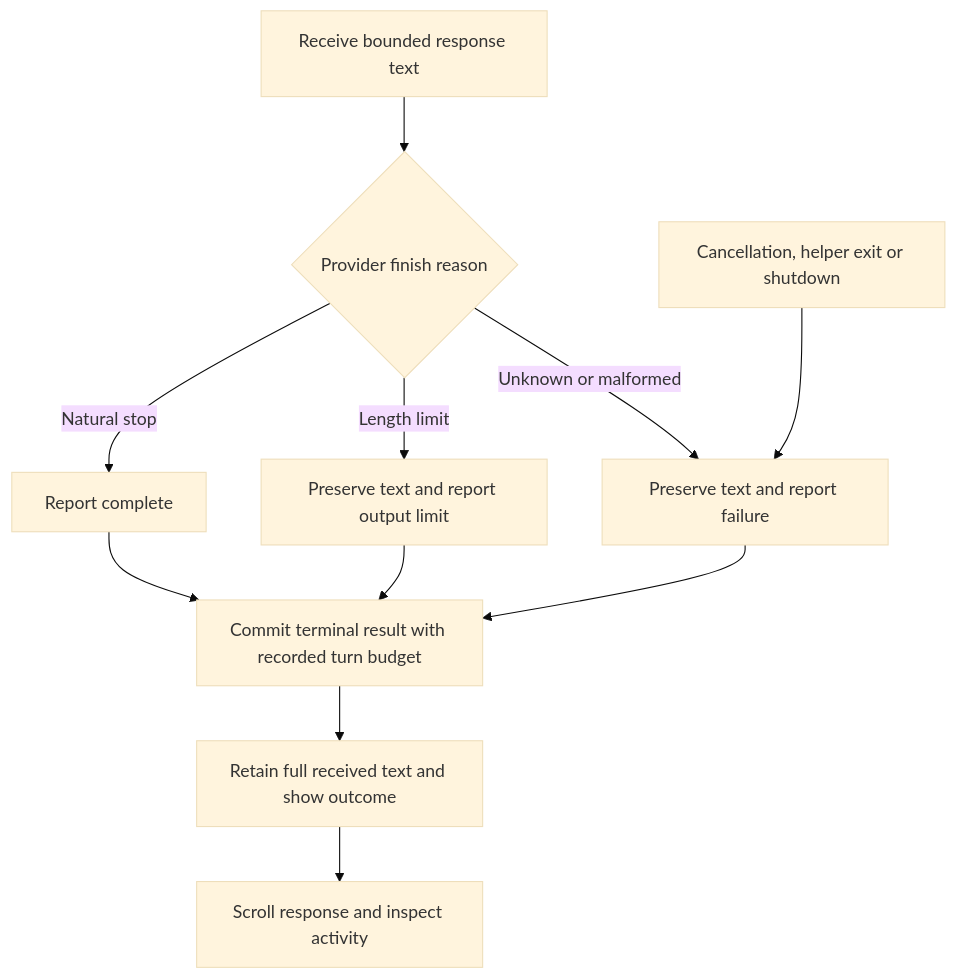
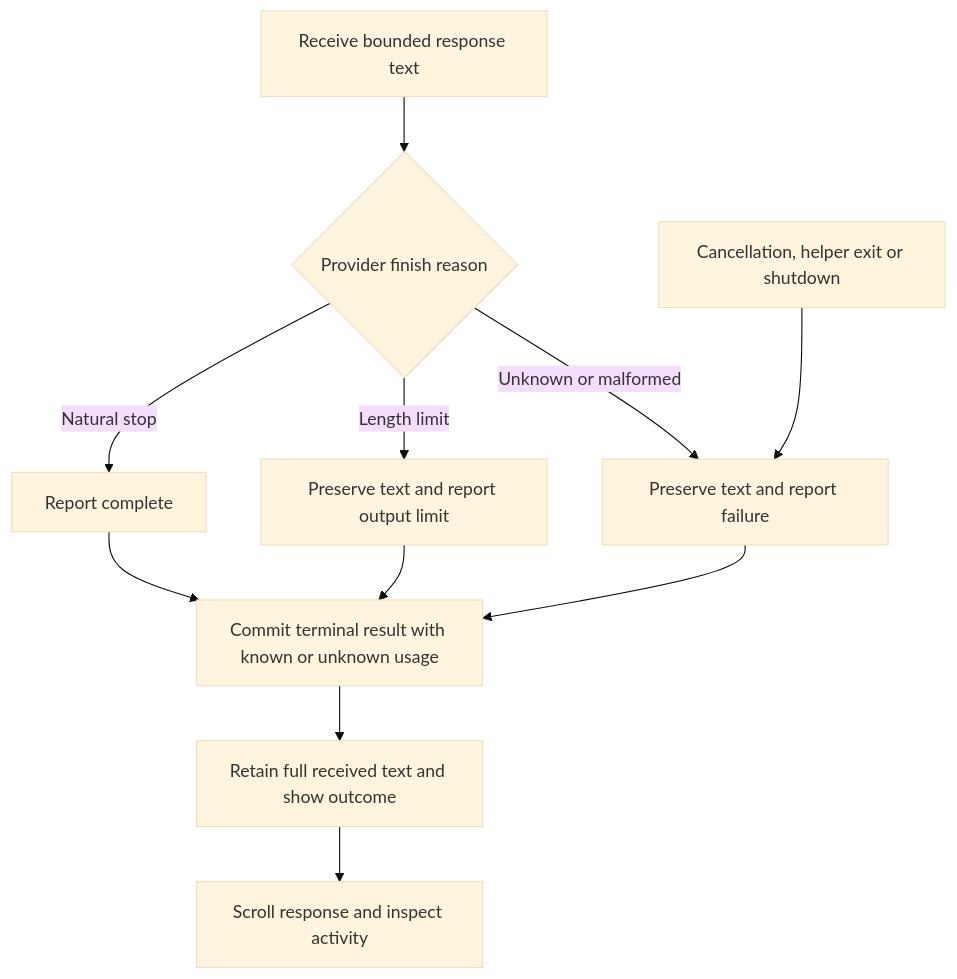
Before and after one commit to pidster/asura: the second of 5 diagrams in docs/designs/response-activity.md, drawn with Mermaid (base theme). The commit also changed other lines of this file and 57 other files, not shown here.

````diff
--- a/docs/designs/response-activity.md
+++ b/docs/designs/response-activity.md
@@ -137,13 +144,13 @@
 ```mermaid
 flowchart TD
     Stream[Receive bounded response text] --> Finish{Provider finish reason}
     Finish -->|Natural stop| Complete[Report complete]
     Finish -->|Length limit| Partial[Preserve text and report output limit]
     Finish -->|Unknown or malformed| Failed[Preserve text and report failure]
     Cancel[Cancellation, helper exit or shutdown] --> Failed
-    Complete --> Commit[Commit terminal result with recorded turn budget]
+    Complete --> Commit[Commit terminal result with known or unknown usage]
     Partial --> Commit
     Failed --> Commit
     Commit --> UI[Retain full received text and show outcome]
     UI --> Browse[Scroll response and inspect activity]
 ```
````
